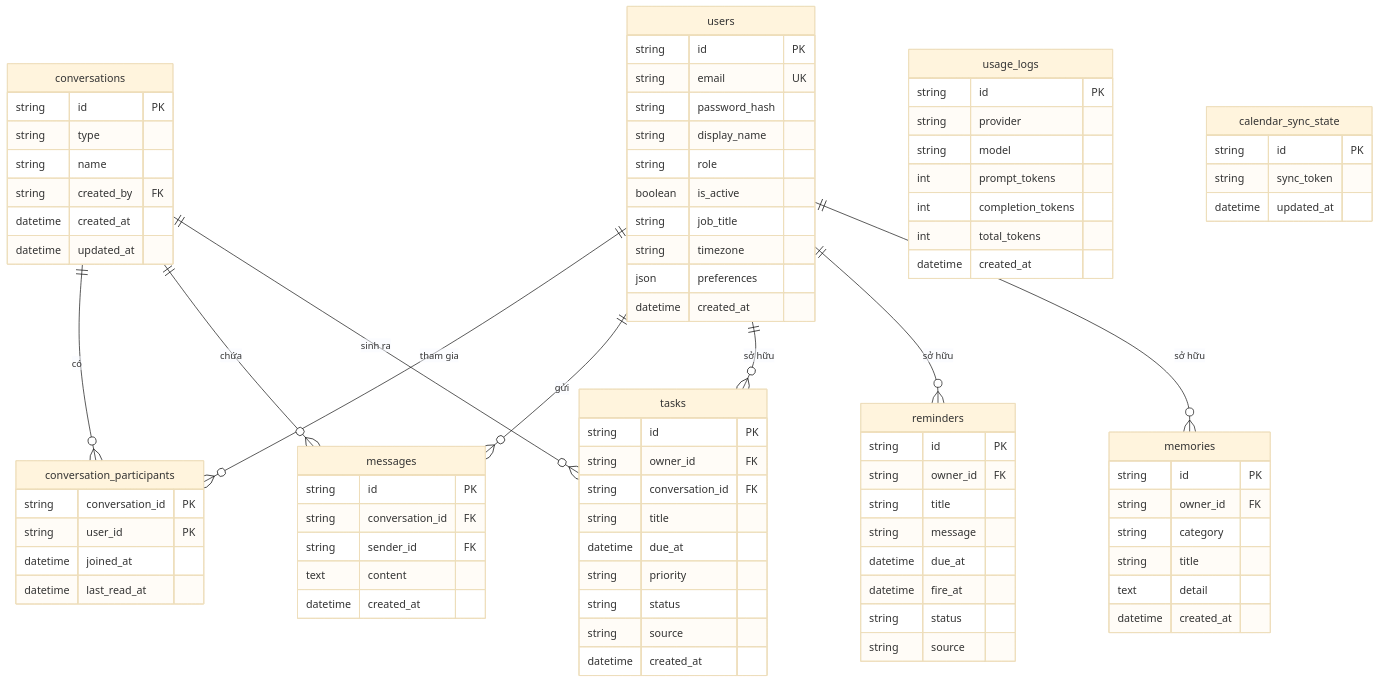
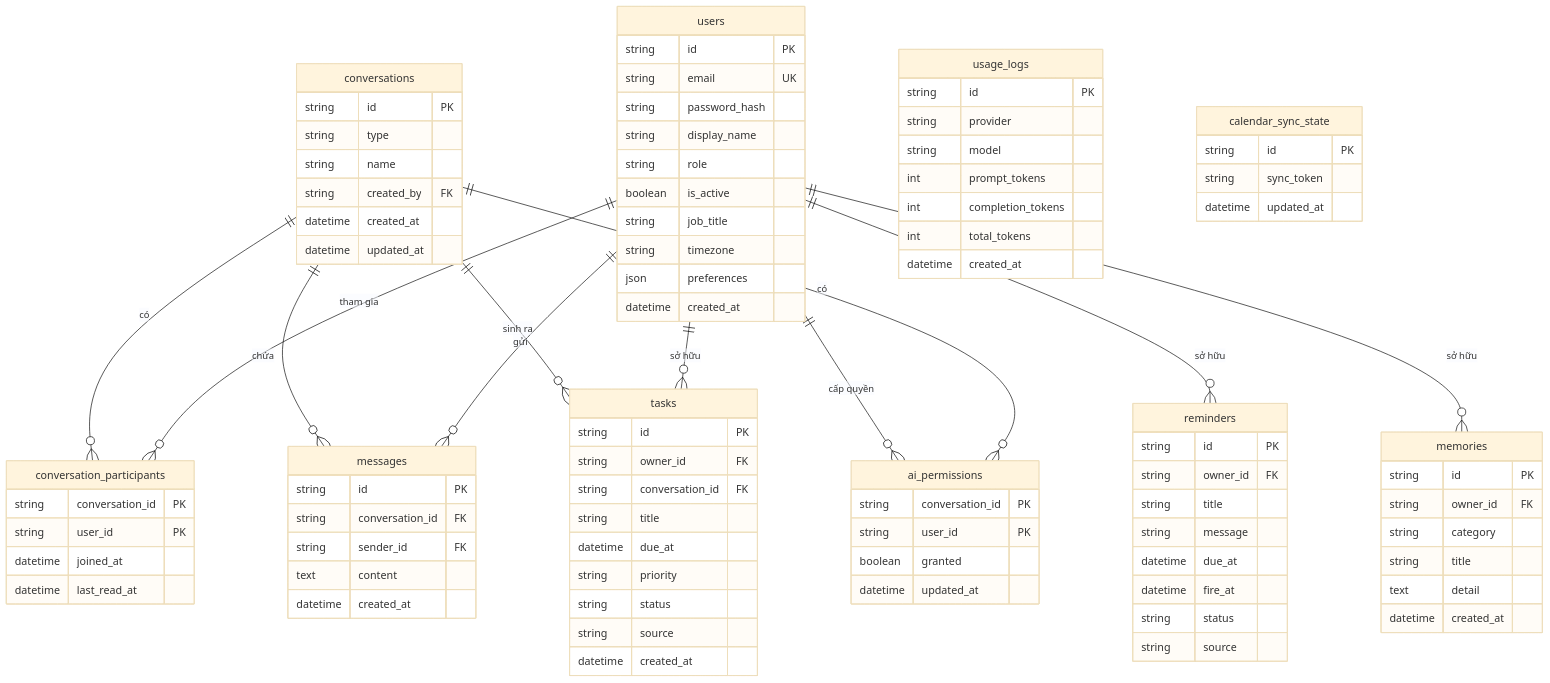
One commit to TueLT/Build-to-deploy changed the first of 2 diagrams in docs/PRD.md. Above: the diagram before and after it, drawn with Mermaid (base theme). The commit also changed other lines of this file and 51 other files, not shown here.

````diff
--- a/docs/PRD.md
+++ b/docs/PRD.md
@@ -153,6 +157,8 @@
     conversations ||--o{ conversation_participants : "có"
     conversations ||--o{ messages : "chứa"
     conversations ||--o{ tasks : "sinh ra"
+    conversations ||--o{ ai_permissions : "có"
+    users ||--o{ ai_permissions : "cấp quyền"
 
     users {
         string id PK
@@ -230,4 +236,10 @@
         string sync_token
         datetime updated_at
     }
+    ai_permissions {
+        string conversation_id PK
+        string user_id PK
+        boolean granted
+        datetime updated_at
+    }
 ```
````
